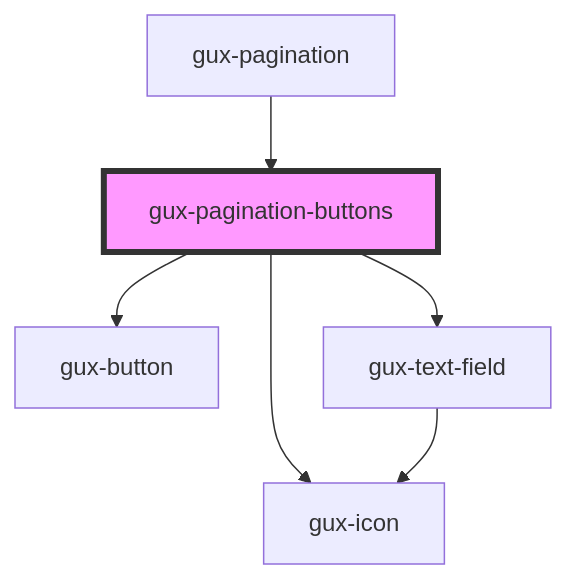
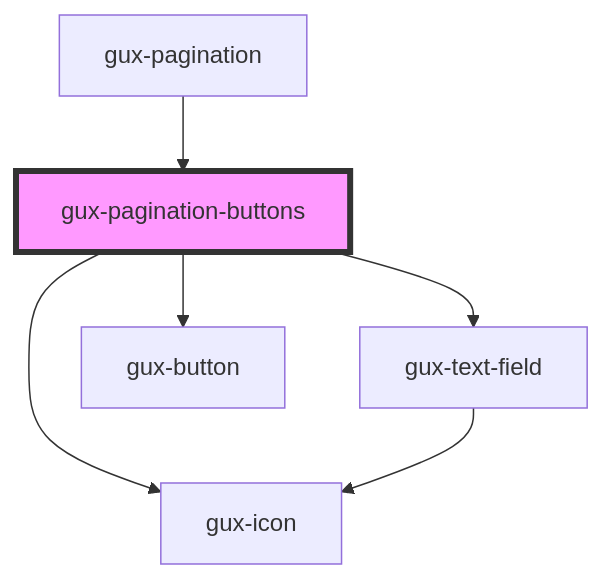
The diagram in src/components/stable/gux-pagination/gux-pagination-buttons/readme.md (MyPureCloud/genesys-spark), drawn with Mermaid before and after one commit. The commit also changed other lines of this file and 15 other files, not shown here.

First line of the commit message:
feat(gux-pagination): added expanded layout

````diff
--- a/src/components/stable/gux-pagination/gux-pagination-buttons/readme.md
+++ b/src/components/stable/gux-pagination/gux-pagination-buttons/readme.md
@@ -38,9 +38,9 @@
 ```mermaid
 graph TD;
+  gux-pagination-buttons --> gux-text-field
   gux-pagination-buttons --> gux-button
   gux-pagination-buttons --> gux-icon
-  gux-pagination-buttons --> gux-text-field
   gux-text-field --> gux-icon
   gux-pagination --> gux-pagination-buttons
   style gux-pagination-buttons fill:#f9f,stroke:#333,stroke-width:4px
 ```
````
